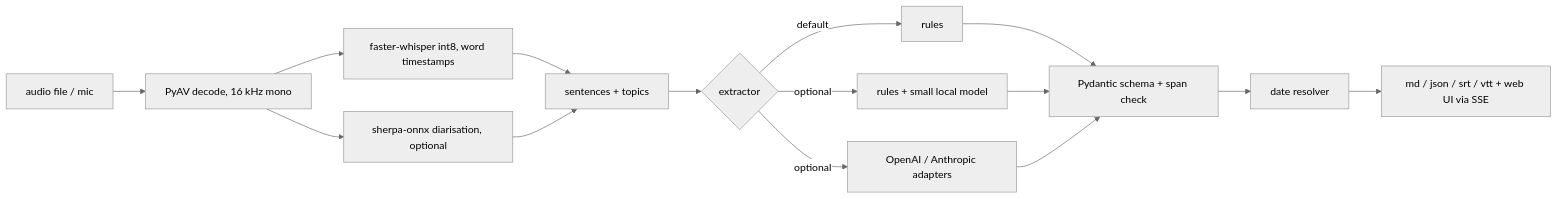
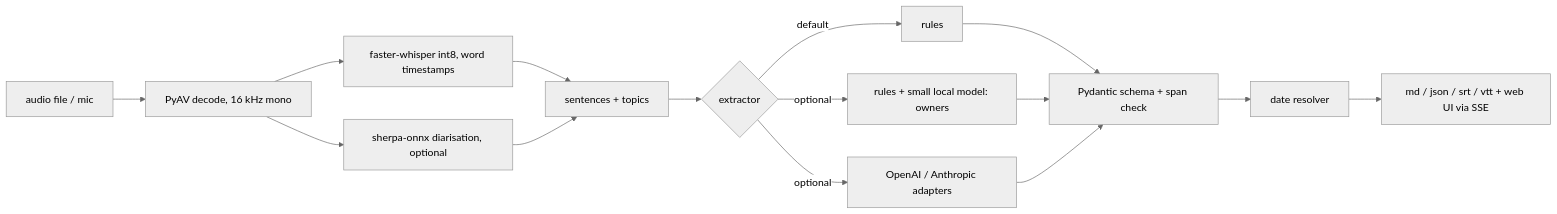
Before and after one commit to Aditya2616/VoiceScribe: the diagram in README.md, drawn with Mermaid (neutral theme). The commit also changed other lines of this file and 64 other files, not shown here.

Commit message:
Canonicalise names, fix and re-measure the local model, owner cues in the rules, six more held-out meetings, honest header and phone layout

````diff
--- a/README.md
+++ b/README.md
@@ -48,17 +48,17 @@
 ```mermaid
 flowchart LR
   A[audio file / mic] --> B[PyAV decode, 16 kHz mono]
   B --> C[faster-whisper int8, word timestamps]
   B --> D[sherpa-onnx diarisation, optional]
   C --> E[sentences + topics]
   D --> E
   E --> F{extractor}
   F -->|default| G[rules]
-  F -->|optional| H[rules + small local model]
+  F -->|optional| H[rules + small local model: owners]
   F -->|optional| I[OpenAI / Anthropic adapters]
   G --> J[Pydantic schema + span check]
   H --> J
   I --> J
   J --> K[date resolver]
   K --> L[md / json / srt / vtt + web UI via SSE]
 ```
````
